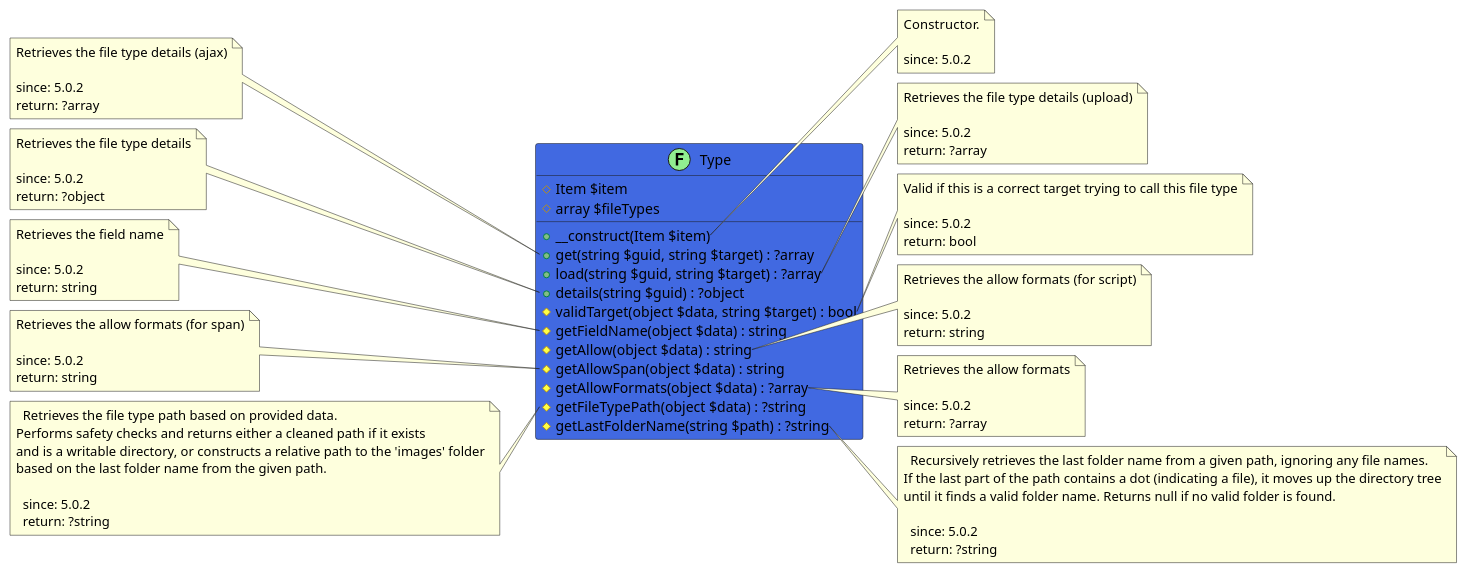
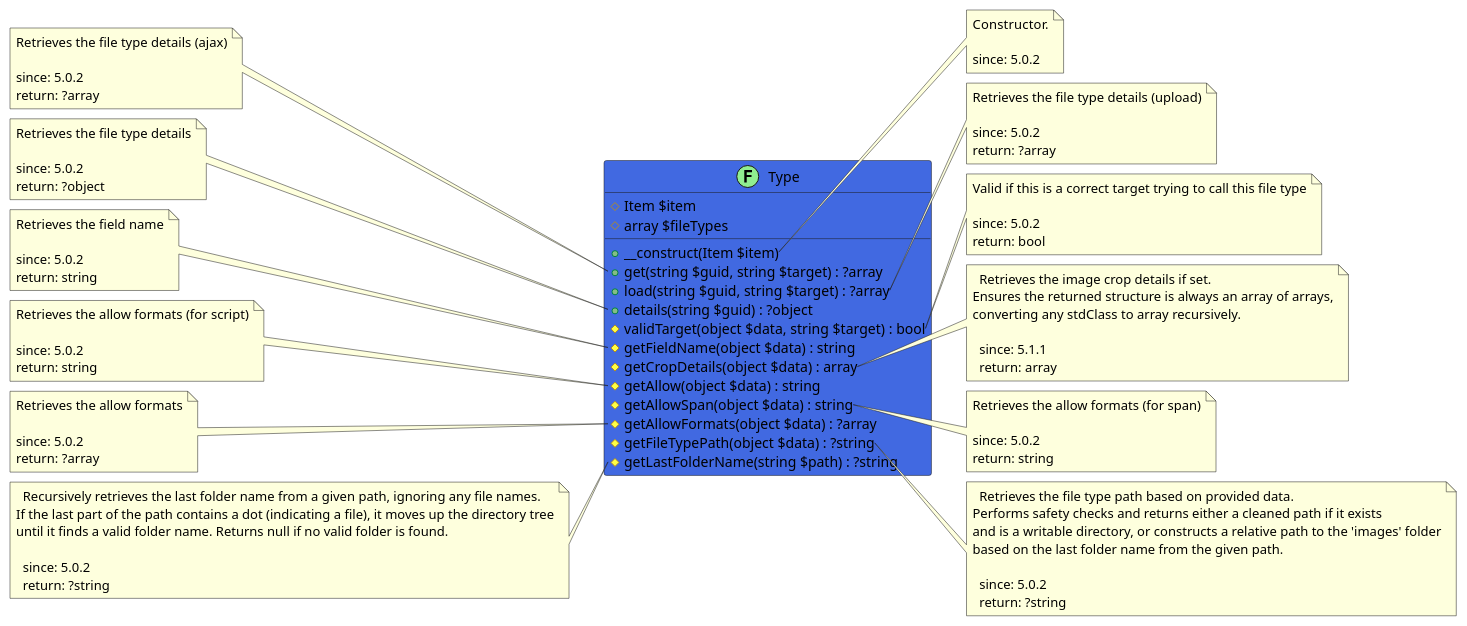
One commit to joomengine/super-powers changed the diagram in src/12a2a8de-a893-4dbb-a53d-b52de4f6cb0e/README.md. Above: the diagram before and after it, drawn with PlantUML. The commit also changed other lines of this file and 238 other files, not shown here.

````diff
--- a/src/12a2a8de-a893-4dbb-a53d-b52de4f6cb0e/README.md
+++ b/src/12a2a8de-a893-4dbb-a53d-b52de4f6cb0e/README.md
@@ -12,5 +5,6 @@
 ```uml
 @startuml
+
 class Type << (F,LightGreen) >> #RoyalBlue {
   # Item $item
   # array $fileTypes
@@ -20,6 +14,7 @@
   + details(string $guid) : ?object
   # validTarget(object $data, string $target) : bool
   # getFieldName(object $data) : string
+  # getCropDetails(object $data) : array
   # getAllow(object $data) : string
   # getAllowSpan(object $data) : string
   # getAllowFormats(object $data) : ?array
@@ -68,28 +63,37 @@
   return: string
 end note
 
-note right of Type::getAllow
+note right of Type::getCropDetails
+  Retrieves the image crop details if set.
+Ensures the returned structure is always an array of arrays,
+converting any stdClass to array recursively.
+
+  since: 5.1.1
+  return: array
+end note
+
+note left of Type::getAllow
   Retrieves the allow formats (for script)
 
   since: 5.0.2
   return: string
 end note
 
-note left of Type::getAllowSpan
+note right of Type::getAllowSpan
   Retrieves the allow formats (for span)
 
   since: 5.0.2
   return: string
 end note
 
-note right of Type::getAllowFormats
+note left of Type::getAllowFormats
   Retrieves the allow formats
 
   since: 5.0.2
   return: ?array
 end note
 
-note left of Type::getFileTypePath
+note right of Type::getFileTypePath
   Retrieves the file type path based on provided data.
 Performs safety checks and returns either a cleaned path if it exists
 and is a writable directory, or constructs a relative path to the 'images' folder
@@ -99,7 +103,7 @@
   return: ?string
 end note
 
-note right of Type::getLastFolderName
+note left of Type::getLastFolderName
   Recursively retrieves the last folder name from a given path, ignoring any file names.
 If the last part of the path contains a dot (indicating a file), it moves up the directory tree
 until it finds a valid folder name. Returns null if no valid folder is found.
@@ -107,6 +111,6 @@
   since: 5.0.2
   return: ?string
 end note
- 
+
 @enduml
 ```
````
